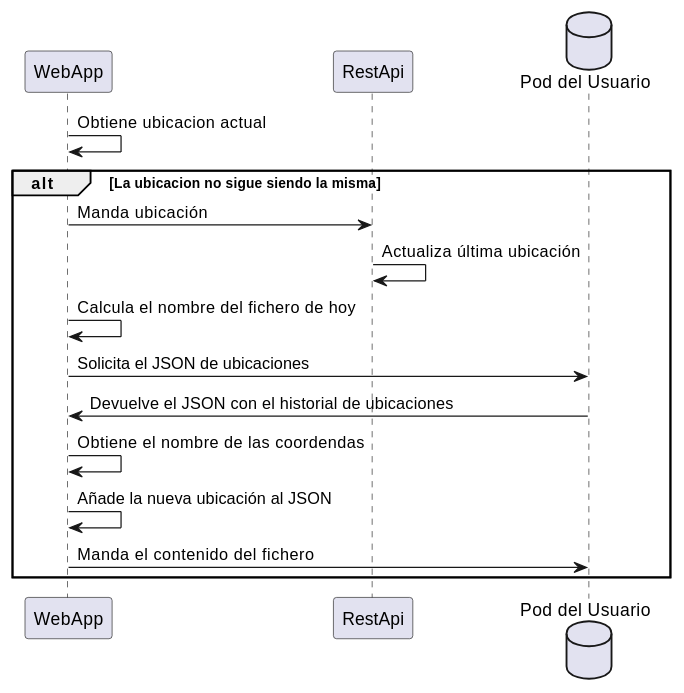
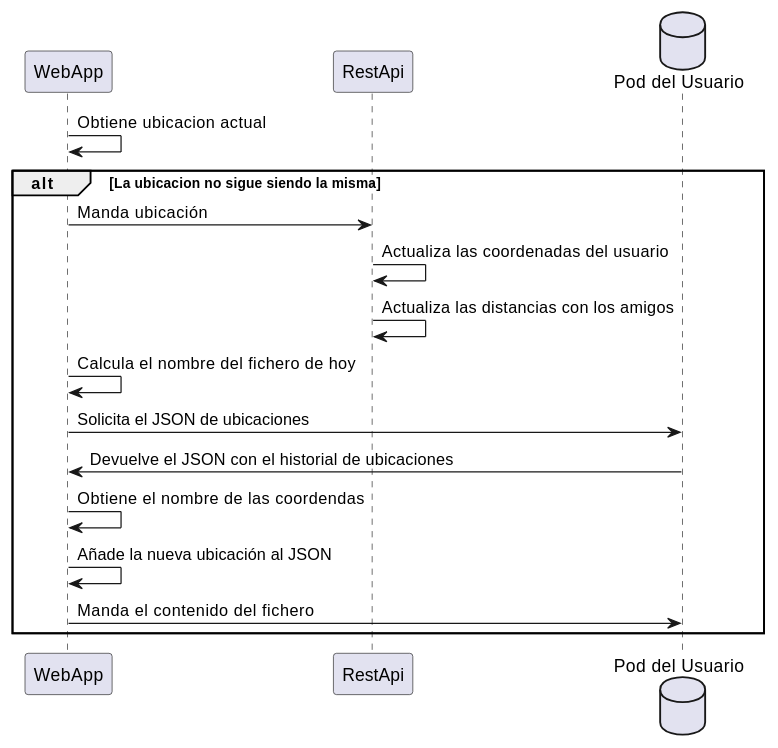
Before and after one commit to Arquisoft/radarin_es5b: the fourth of 6 diagrams in webapp/docs/06_runtime_view.adoc, drawn with PlantUML. The commit also changed other lines of this file, not shown here.

```diff
--- a/webapp/docs/06_runtime_view.adoc
+++ b/webapp/docs/06_runtime_view.adoc
@@ -77,18 +94,18 @@
-[plantuml,"Sequence diagram register",png]
+[plantuml,"Sequence diagram save locations",png]
 ----
 participant WebApp
 participant RestApi
 database Pod as "Pod del Usuario"
 WebApp->WebApp: Obtiene ubicacion actual
 alt La ubicacion no sigue siendo la misma
     WebApp->RestApi: Manda ubicación 
-    RestApi->RestApi:   Actualiza última ubicación
+    RestApi->RestApi:   Actualiza las coordenadas del usuario
+    RestApi->RestApi:   Actualiza las distancias con los amigos
     WebApp->WebApp: Calcula el nombre del fichero de hoy
     WebApp->Pod: Solicita el JSON de ubicaciones
     Pod->WebApp: Devuelve el JSON con el historial de ubicaciones
-   
     WebApp->WebApp: Obtiene el nombre de las coordendas
     WebApp->WebApp: Añade la nueva ubicación al JSON
     WebApp->Pod: Manda el contenido del fichero 
 end
 ----
```
